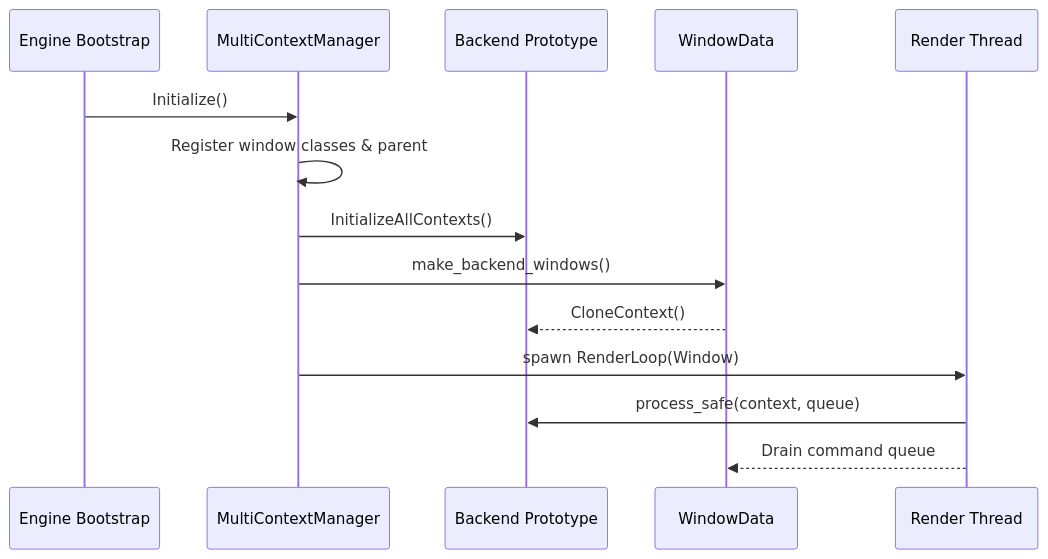
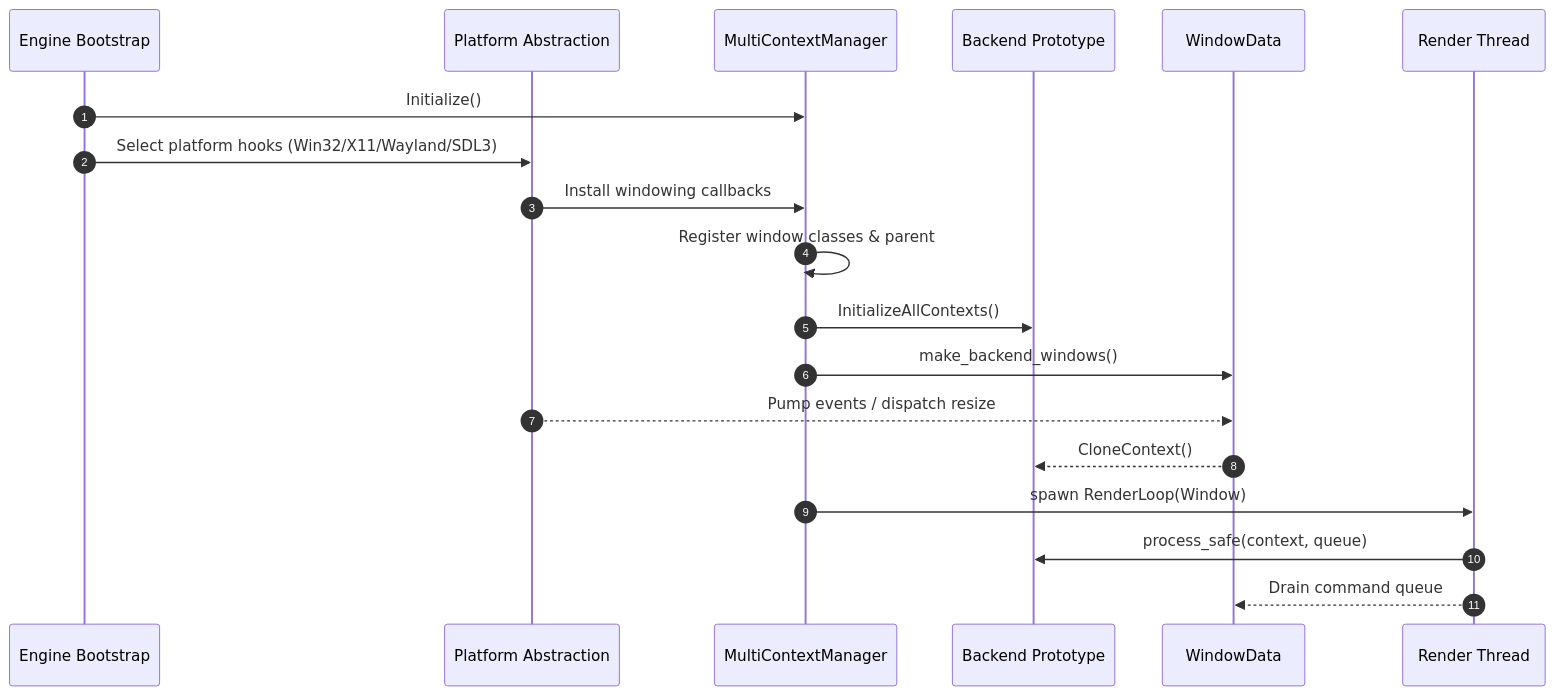
One commit to Autodidac/epochengine changed the first of 2 diagrams in README.md. Above: the diagram before and after it, drawn with Mermaid. The commit also changed other lines of this file, not shown here.

Commit message:
Update README mermaid diagrams for cross-platform flows

````diff
--- a/README.md
+++ b/README.md
@@ -34,17 +34,22 @@
 ```mermaid
 sequenceDiagram
+    autonumber
     participant Bootstrap as Engine Bootstrap
+    participant Platform as Platform Abstraction
     participant Manager as MultiContextManager
     participant Prototype as Backend Prototype
     participant Window as WindowData
     participant Worker as Render Thread
 
     Bootstrap->>Manager: Initialize()
+    Bootstrap->>Platform: Select platform hooks (Win32/X11/Wayland/SDL3)
+    Platform->>Manager: Install windowing callbacks
     Manager->>Manager: Register window classes & parent
     Manager->>Prototype: InitializeAllContexts()
     Manager->>Window: make_backend_windows()
+    Platform-->>Window: Pump events / dispatch resize
     Window-->>Prototype: CloneContext()
     Manager->>Worker: spawn RenderLoop(Window)
     Worker->>Prototype: process_safe(context, queue)
     Worker-->>Window: Drain command queue
 ```
````
